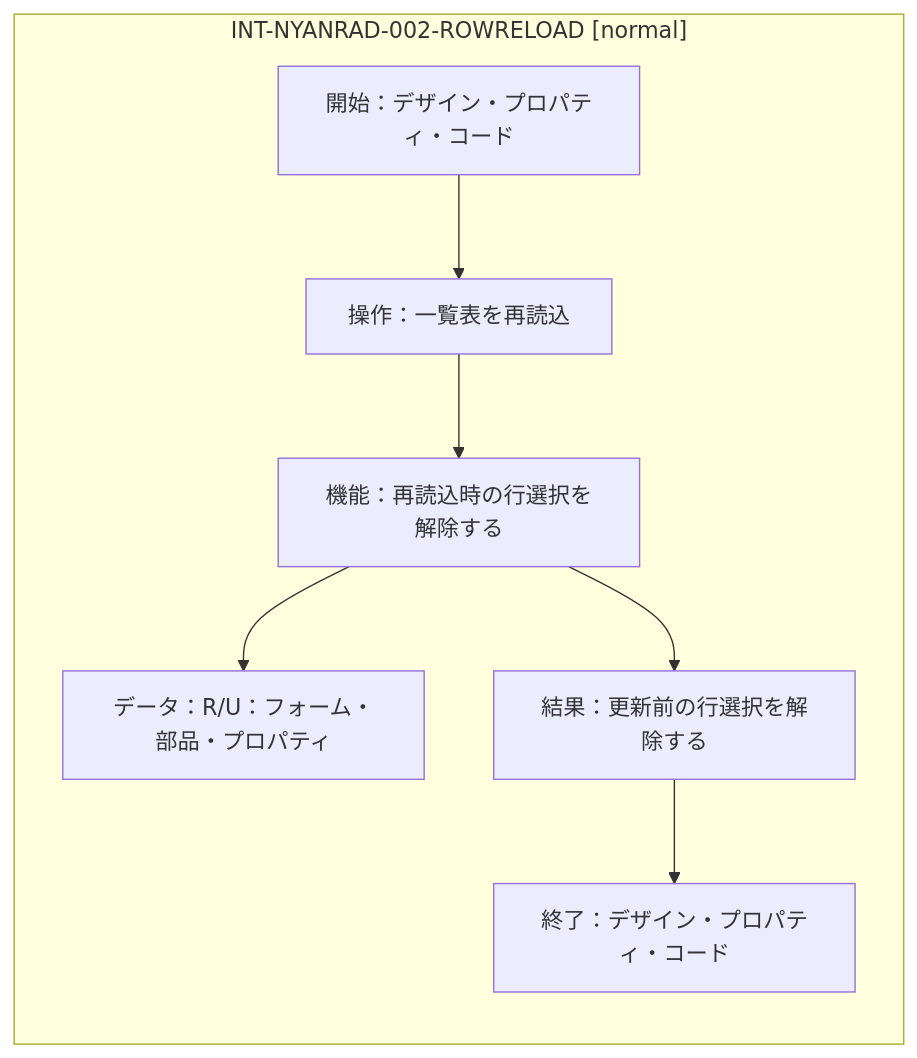
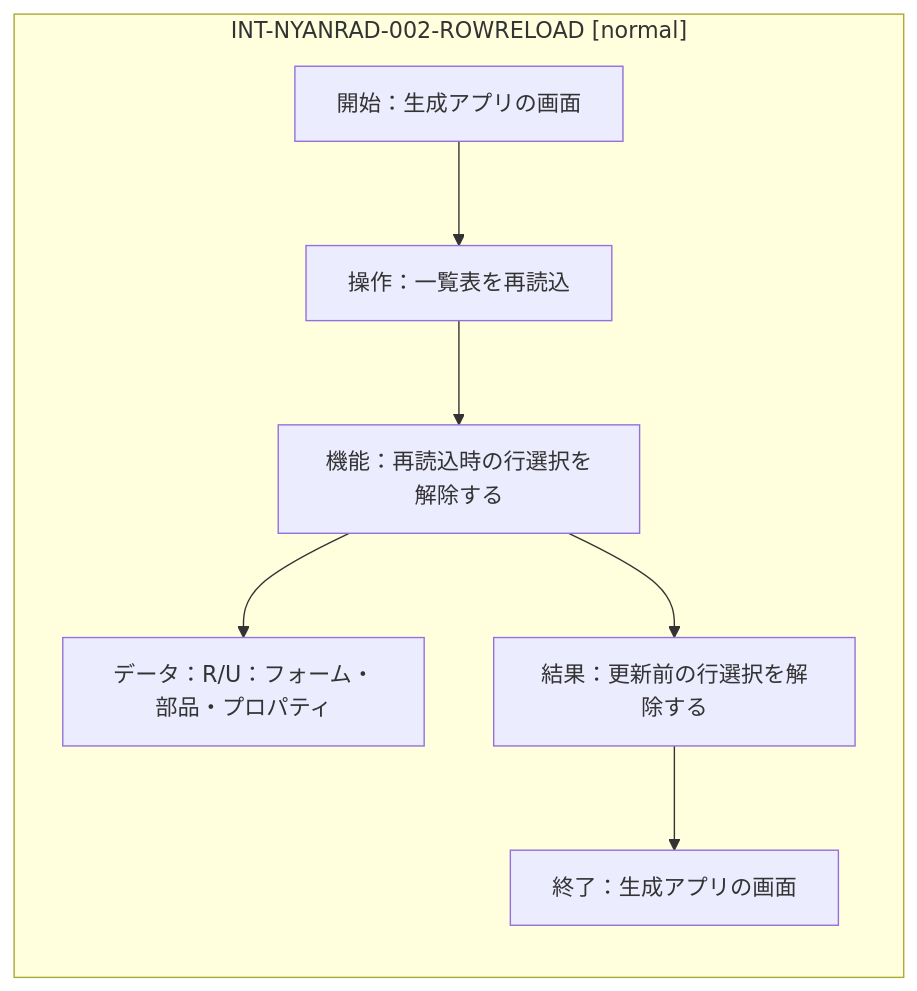
The diagram in planning/ifdam/IFDAM-NYANRAD-002/diagrams/12.mmd (kosaru/NyanRAD), drawn with Mermaid before and after one commit. The commit also changed 20 other files, not shown here.

Commit message:
Fix runtime table diagrams and present event handler options

```diff
--- a/planning/ifdam/IFDAM-NYANRAD-002/diagrams/12.mmd
+++ b/planning/ifdam/IFDAM-NYANRAD-002/diagrams/12.mmd
@@ -1,6 +1,6 @@
 flowchart LR
   subgraph I["INT-NYANRAD-002-ROWRELOAD [normal]"]
-    U["開始：デザイン・プロパティ・コード"] --> E["操作：一覧表を再読込"] --> F["機能：再読込時の行選択を解除する"]
+    U["開始：生成アプリの画面"] --> E["操作：一覧表を再読込"] --> F["機能：再読込時の行選択を解除する"]
     F --> D["データ：R/U：フォーム・部品・プロパティ"]
-    F --> R["結果：更新前の行選択を解除する"] --> T["終了：デザイン・プロパティ・コード"]
+    F --> R["結果：更新前の行選択を解除する"] --> T["終了：生成アプリの画面"]
   end
```
